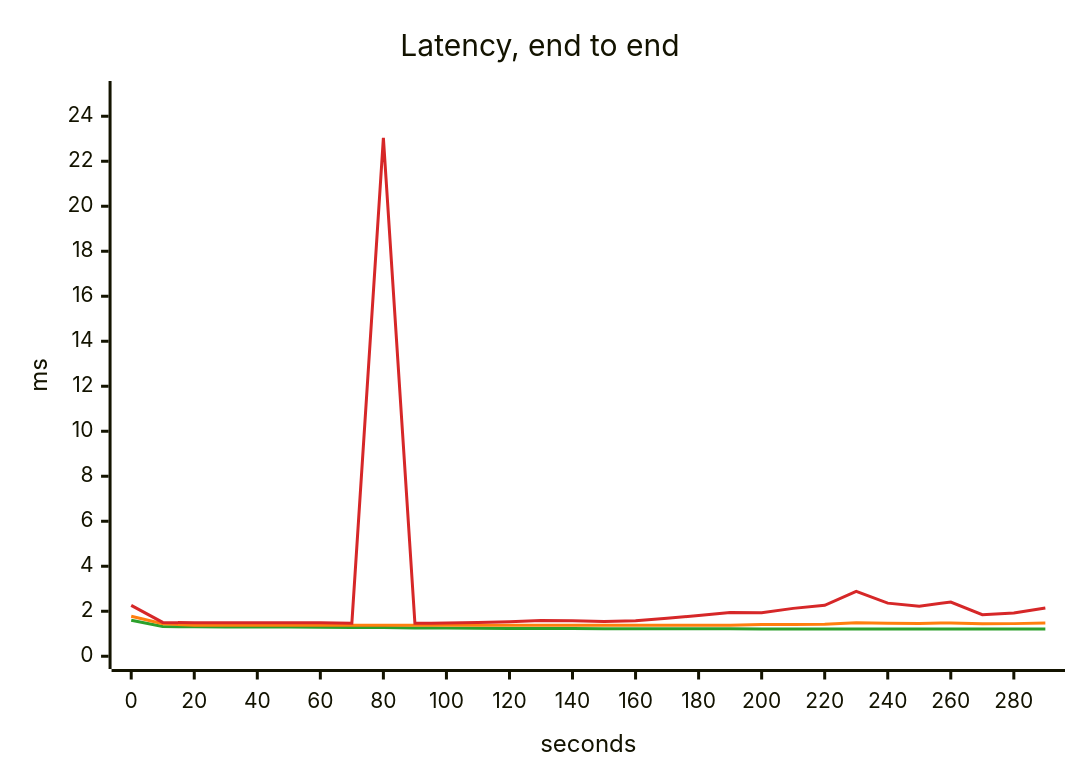
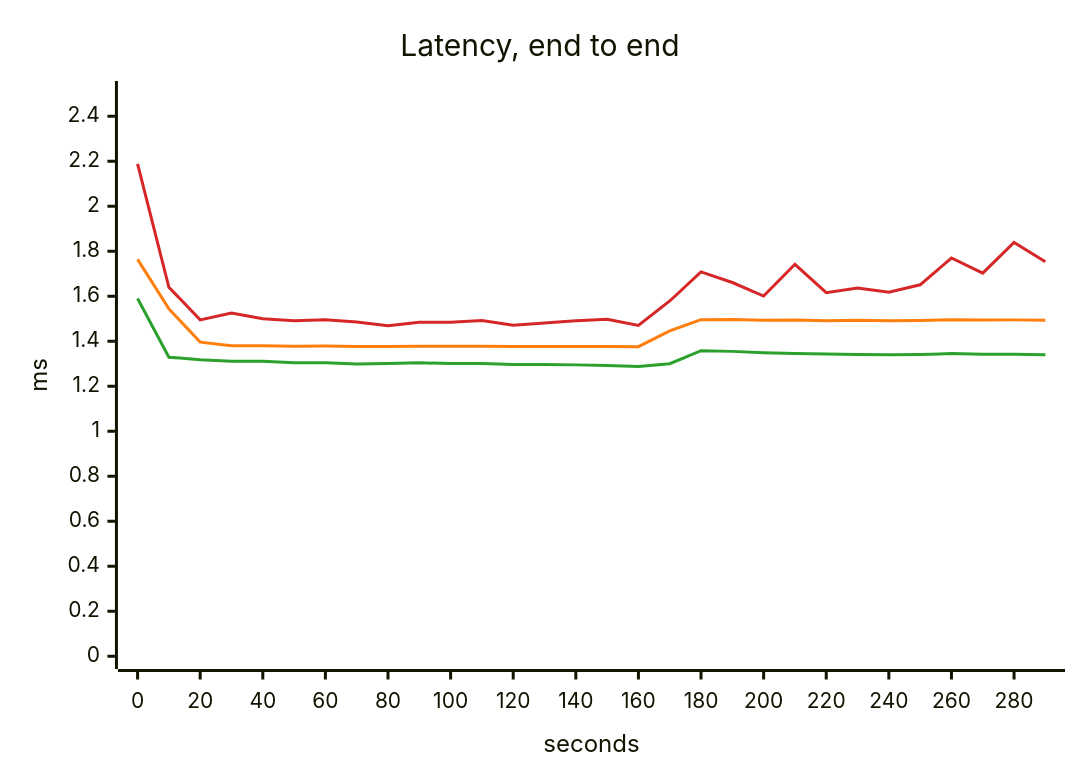
Before and after one commit to akinfemi/load-lore: the third of 5 diagrams in scenarios/live-vote/solutions/redis-tally/report.md, drawn with Mermaid. The commit also changed other lines of this file and 125 other files, not shown here.

````diff
--- a/scenarios/live-vote/solutions/redis-tally/report.md
+++ b/scenarios/live-vote/solutions/redis-tally/report.md
@@ -57,16 +58,16 @@
 ```mermaid
 ---
 config:
   themeVariables:
     xyChart:
       backgroundColor: "transparent"
       plotColorPalette: "#2ca02c, #ff7f0e, #d62728"
 ---
 xychart-beta
     title "Latency, end to end"
     x-axis "seconds" 0 --> 290
-    y-axis "ms" 0 --> 25
-    line [1.602, 1.32, 1.308, 1.304, 1.297, 1.295, 1.29, 1.282, 1.273, 1.258, 1.25, 1.239, 1.237, 1.234, 1.234, 1.227, 1.224, 1.222, 1.221, 1.218, 1.216, 1.213, 1.21, 1.212, 1.211, 1.21, 1.212, 1.21, 1.211, 1.212]
-    line [1.775, 1.441, 1.38, 1.38, 1.379, 1.378, 1.378, 1.375, 1.378, 1.373, 1.373, 1.373, 1.373, 1.374, 1.376, 1.373, 1.376, 1.377, 1.38, 1.383, 1.411, 1.413, 1.418, 1.488, 1.469, 1.458, 1.483, 1.442, 1.45, 1.476]
-    line [2.264, 1.504, 1.484, 1.49, 1.492, 1.485, 1.486, 1.469, 23.04, 1.466, 1.476, 1.498, 1.529, 1.584, 1.581, 1.549, 1.582, 1.692, 1.806, 1.94, 1.934, 2.128, 2.264, 2.887, 2.36, 2.227, 2.411, 1.845, 1.919, 2.149]
+    y-axis "ms" 0 --> 2.5
+    line [1.59, 1.329, 1.318, 1.311, 1.311, 1.304, 1.304, 1.299, 1.301, 1.304, 1.301, 1.301, 1.297, 1.297, 1.295, 1.292, 1.288, 1.3, 1.358, 1.355, 1.349, 1.346, 1.343, 1.341, 1.34, 1.341, 1.345, 1.342, 1.342, 1.34]
+    line [1.764, 1.544, 1.396, 1.38, 1.38, 1.378, 1.379, 1.377, 1.377, 1.378, 1.378, 1.378, 1.377, 1.377, 1.377, 1.377, 1.376, 1.446, 1.496, 1.497, 1.493, 1.494, 1.491, 1.493, 1.491, 1.492, 1.496, 1.494, 1.495, 1.493]
+    line [2.188, 1.64, 1.495, 1.525, 1.5, 1.491, 1.495, 1.486, 1.469, 1.484, 1.484, 1.492, 1.471, 1.481, 1.491, 1.498, 1.47, 1.579, 1.708, 1.661, 1.601, 1.742, 1.616, 1.637, 1.618, 1.651, 1.77, 1.703, 1.839, 1.753]
 ```
````
